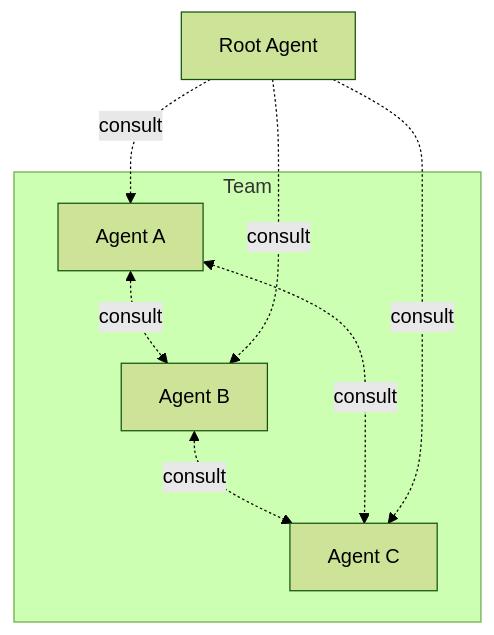
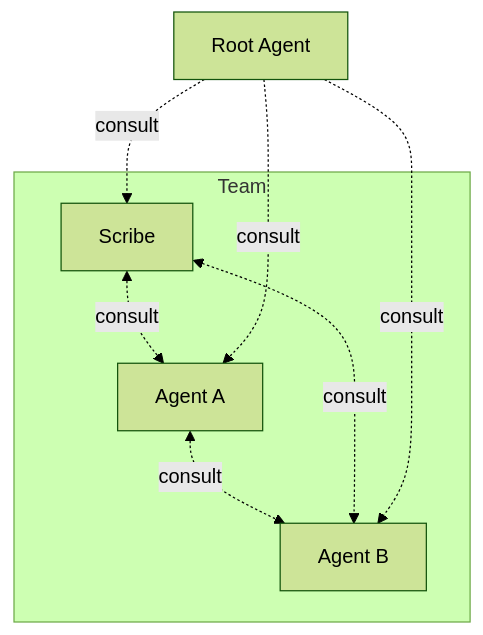
The first of 2 diagrams in docs/framework/consultation.md (Kord96/kordinate), drawn with Mermaid (forest theme) before and after one commit. The commit also changed other lines of this file, not shown here.

Commit message:
Architecture diagram: show Scribe in team, explain root + scribe [scribe]
Scribe visible as a team member alongside generic agents.
Brief one-liner for each: root = user's agent enhanced by linking,
scribe = ships with framework, guards .md, handles kording.

````diff
--- a/docs/framework/consultation.md
+++ b/docs/framework/consultation.md
@@ -3,14 +3,14 @@
 ```mermaid
 flowchart TB
     ROOT[Root Agent]
 
     subgraph team[Team]
-        A1[Agent A] <-.->|consult| A2[Agent B]
-        A2 <-.->|consult| A3[Agent C]
-        A1 <-.->|consult| A3
+        SC[Scribe] <-.->|consult| A1[Agent A]
+        A1 <-.->|consult| A2[Agent B]
+        SC <-.->|consult| A2
     end
 
+    ROOT -.->|consult| SC
     ROOT -.->|consult| A1
     ROOT -.->|consult| A2
-    ROOT -.->|consult| A3
 ```
````
